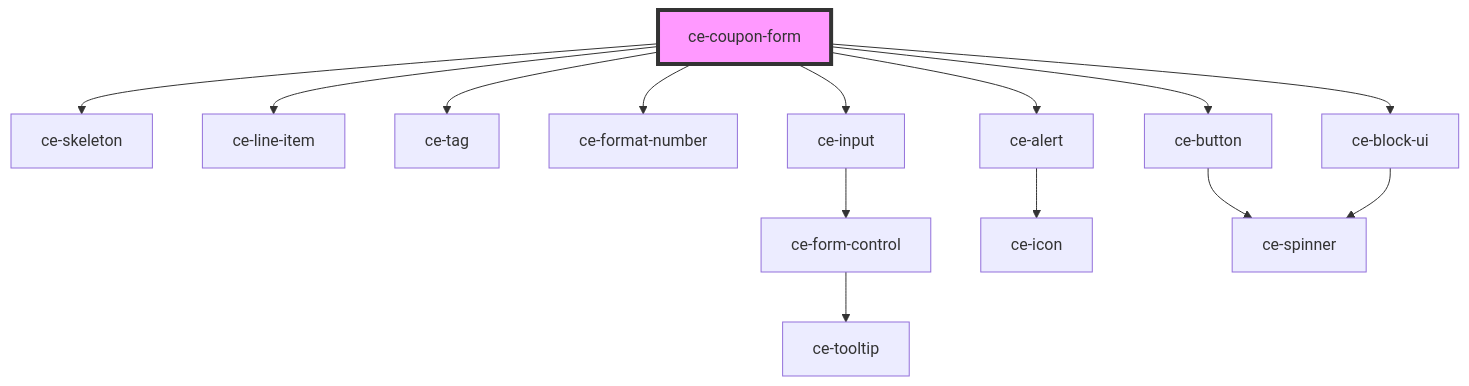
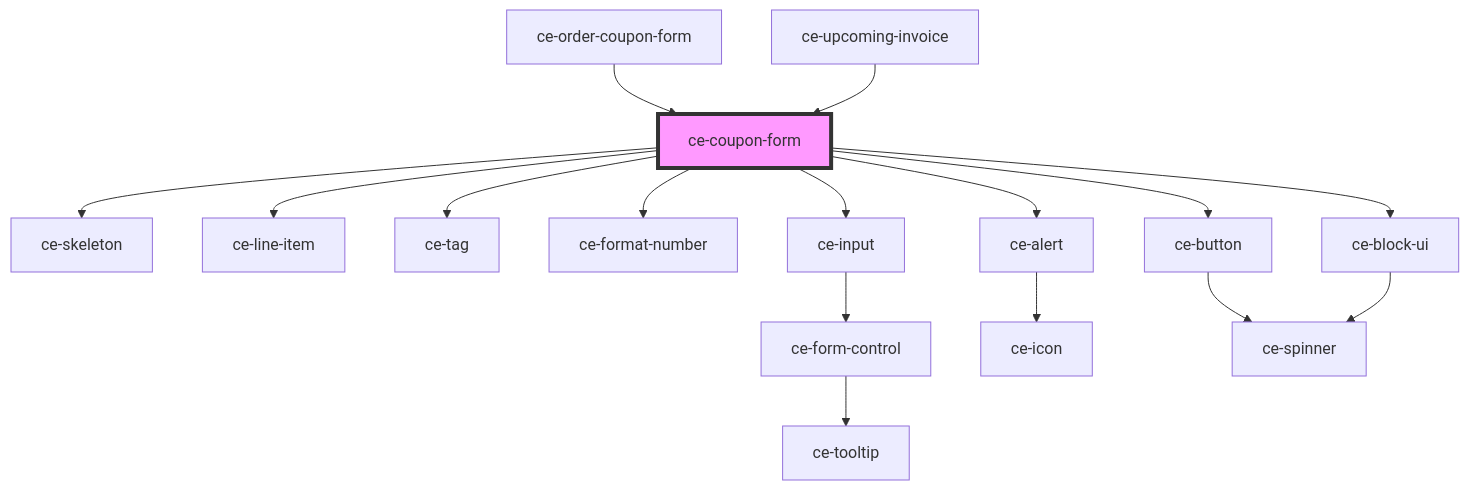
Before and after one commit to surecart/surecart-wp-plugin: the diagram in packages/components/src/components/ui/coupon-form/readme.md, drawn with Mermaid. The commit also changed other lines of this file and 118 other files, not shown here.

````diff
--- a/packages/components/src/components/ui/coupon-form/readme.md
+++ b/packages/components/src/components/ui/coupon-form/readme.md
@@ -41,17 +48,19 @@
 ```mermaid
 graph TD;
   ce-coupon-form --> ce-skeleton
   ce-coupon-form --> ce-line-item
   ce-coupon-form --> ce-tag
   ce-coupon-form --> ce-format-number
   ce-coupon-form --> ce-input
   ce-coupon-form --> ce-alert
   ce-coupon-form --> ce-button
   ce-coupon-form --> ce-block-ui
   ce-input --> ce-form-control
   ce-form-control --> ce-tooltip
   ce-alert --> ce-icon
   ce-button --> ce-spinner
   ce-block-ui --> ce-spinner
+  ce-order-coupon-form --> ce-coupon-form
+  ce-upcoming-invoice --> ce-coupon-form
   style ce-coupon-form fill:#f9f,stroke:#333,stroke-width:4px
 ```
````
